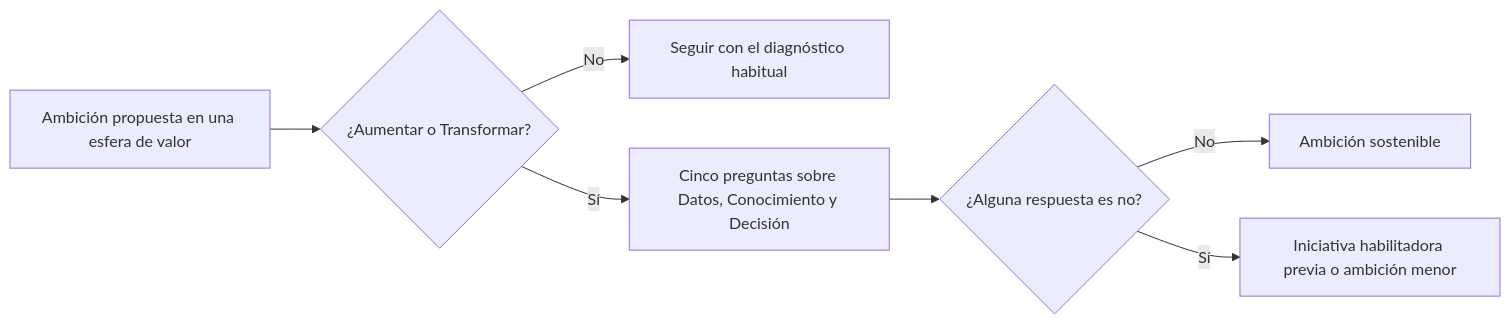
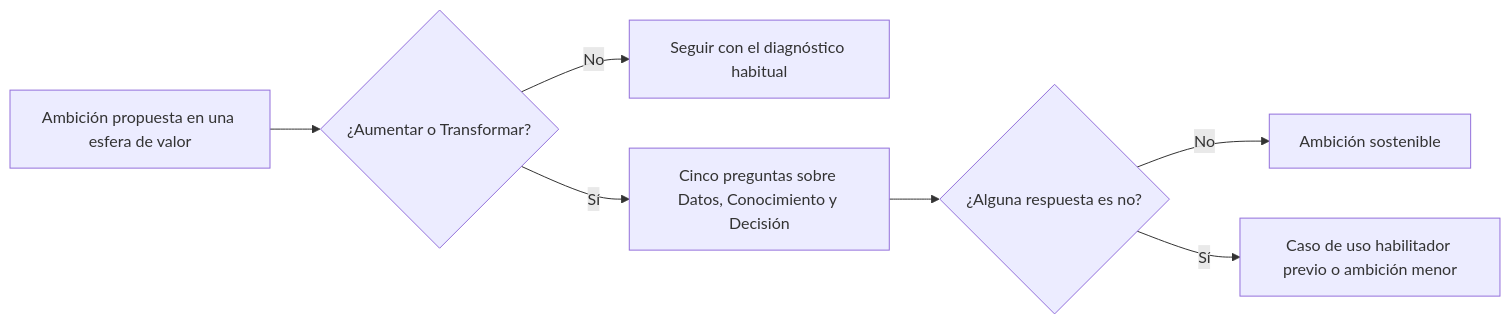
One commit to seachad/AI_CONSULTING changed the diagram in SPHERES/mds/es/03_SPHERES_Esferas_habilitadoras.md. Above: the diagram before and after it, drawn with Mermaid. The commit also changed other lines of this file and 1379 other files, not shown here.

First line of the commit message:
D181: «caso de uso» en lugar de «iniciativa» en todo el sitio, herramientas, gráficos y presentaciones

````diff
--- a/SPHERES/mds/es/03_SPHERES_Esferas_habilitadoras.md
+++ b/SPHERES/mds/es/03_SPHERES_Esferas_habilitadoras.md
@@ -242,9 +242,9 @@
 ```mermaid
 flowchart LR
   A["Ambición propuesta en una esfera de valor"] --> B{"¿Aumentar o Transformar?"}
   B -->|"No"| OK["Seguir con el diagnóstico habitual"]
   B -->|"Sí"| C["Cinco preguntas sobre Datos, Conocimiento y Decisión"]
   C --> D{"¿Alguna respuesta es no?"}
   D -->|"No"| OK2["Ambición sostenible"]
-  D -->|"Sí"| E["Iniciativa habilitadora previa o ambición menor"]
+  D -->|"Sí"| E["Caso de uso habilitador previo o ambición menor"]
 ```
````
